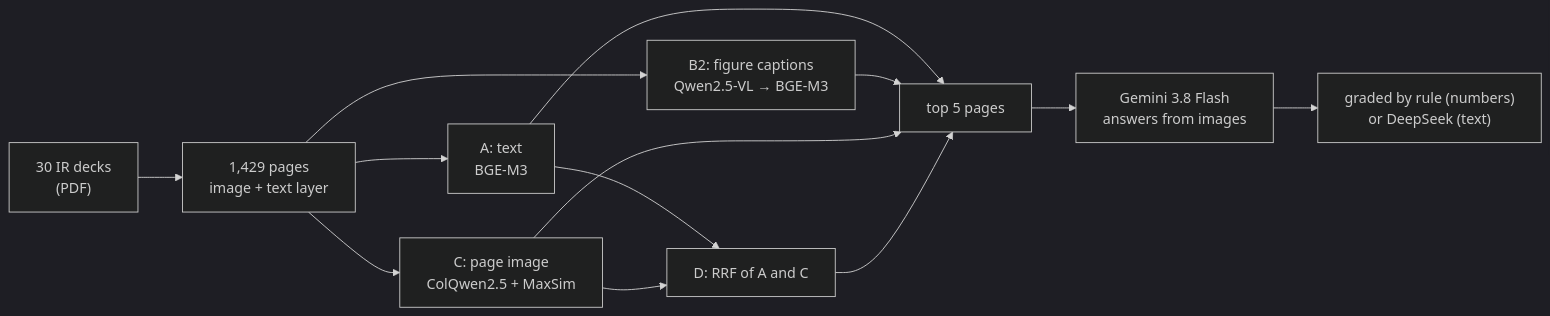
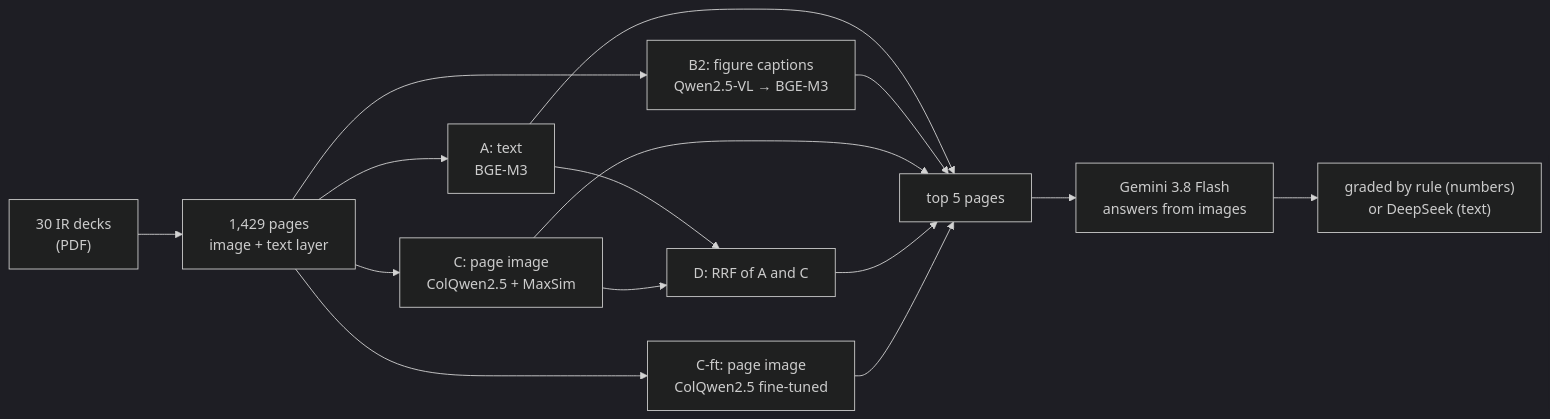
One commit to Rimcat-JA/multimodal-rag changed the diagram in README.md. Above: the diagram before and after it, drawn with Mermaid (dark theme). The commit also changed other lines of this file and 15 other files, not shown here.

````diff
--- a/README.md
+++ b/README.md
@@ -14,12 +15,13 @@
 ```mermaid
 flowchart LR
     pdf["30 IR decks<br/>(PDF)"] --> pages["1,429 pages<br/>image + text layer"]
     pages --> A["A: text<br/>BGE-M3"]
     pages --> B2["B2: figure captions<br/>Qwen2.5-VL → BGE-M3"]
     pages --> C["C: page image<br/>ColQwen2.5 + MaxSim"]
+    pages --> Cft["C-ft: page image<br/>ColQwen2.5 fine-tuned"]
     A --> D["D: RRF of A and C"]
     C --> D
-    A & B2 & C & D --> top["top 5 pages"]
+    A & B2 & C & D & Cft --> top["top 5 pages"]
     top --> gen["Gemini 3.8 Flash<br/>answers from images"]
     gen --> grade["graded by rule (numbers)<br/>or DeepSeek (text)"]
 ```
````
